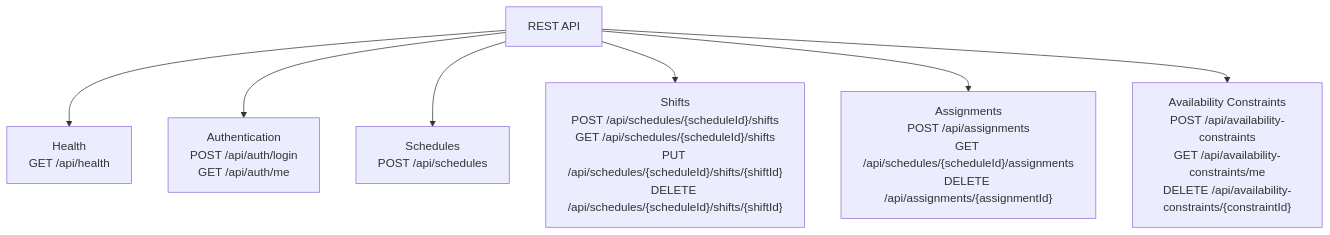
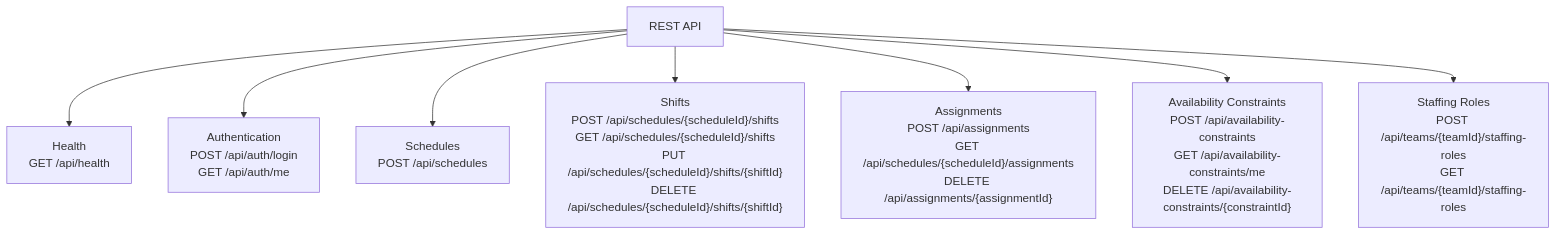
The fifth of 9 diagrams in docs/current-backend-architecture.md (HiliMor/shift-management-system), drawn with Mermaid before and after one commit. The commit also changed other lines of this file and 8 other files, not shown here.

Commit message:
Add staffing role API

````diff
--- a/docs/current-backend-architecture.md
+++ b/docs/current-backend-architecture.md
@@ -198,18 +198,20 @@
 ```mermaid
 flowchart TD
     api["REST API"]
 
     healthApi["Health<br/>GET /api/health"]
     authApi["Authentication<br/>POST /api/auth/login<br/>GET /api/auth/me"]
     schedulesApi["Schedules<br/>POST /api/schedules"]
     shiftsApi["Shifts<br/>POST /api/schedules/{scheduleId}/shifts<br/>GET /api/schedules/{scheduleId}/shifts<br/>PUT /api/schedules/{scheduleId}/shifts/{shiftId}<br/>DELETE /api/schedules/{scheduleId}/shifts/{shiftId}"]
     assignmentsApi["Assignments<br/>POST /api/assignments<br/>GET /api/schedules/{scheduleId}/assignments<br/>DELETE /api/assignments/{assignmentId}"]
     availabilityApi["Availability Constraints<br/>POST /api/availability-constraints<br/>GET /api/availability-constraints/me<br/>DELETE /api/availability-constraints/{constraintId}"]
+    staffingApi["Staffing Roles<br/>POST /api/teams/{teamId}/staffing-roles<br/>GET /api/teams/{teamId}/staffing-roles"]
 
     api --> healthApi
     api --> authApi
     api --> schedulesApi
     api --> shiftsApi
     api --> assignmentsApi
     api --> availabilityApi
+    api --> staffingApi
 ```
````
